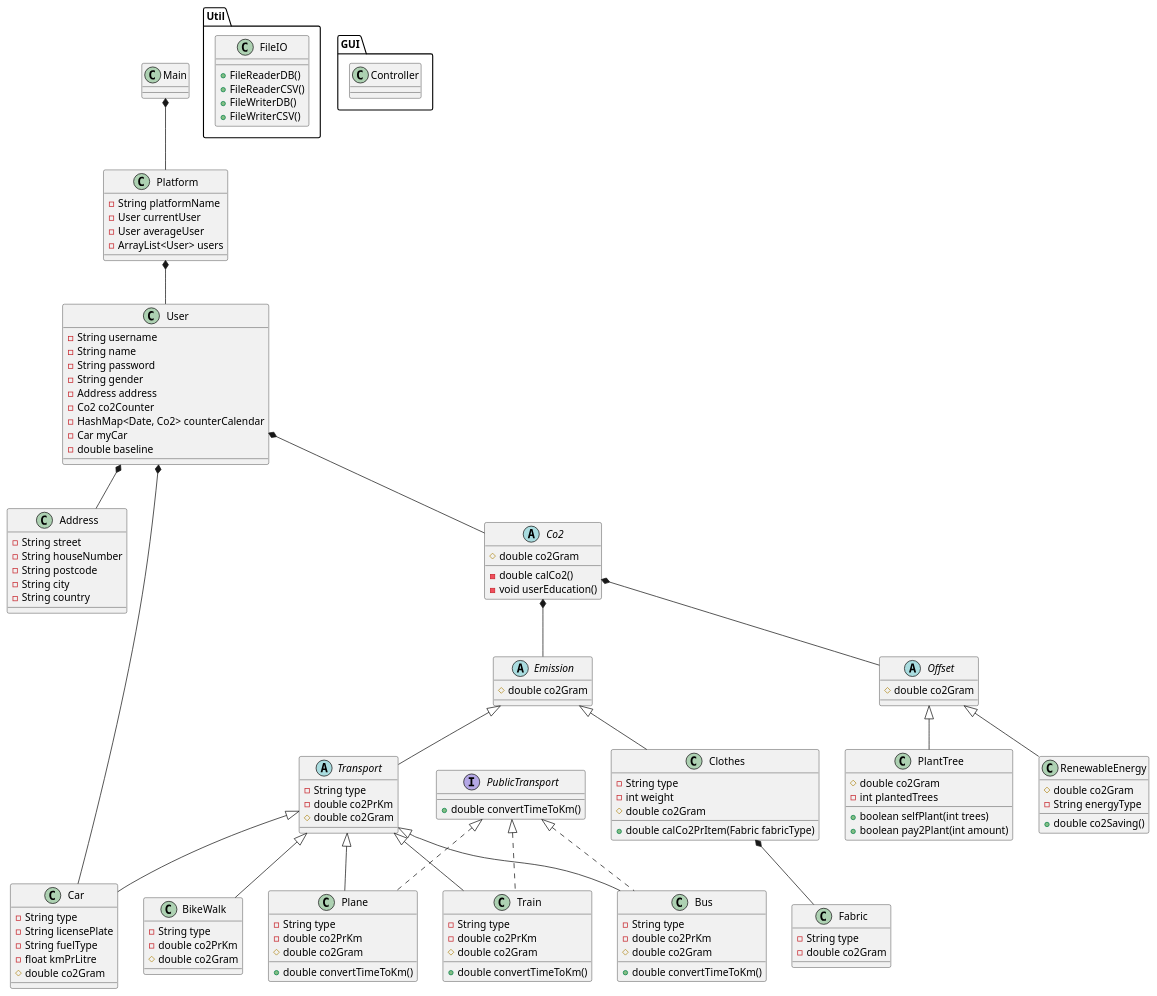
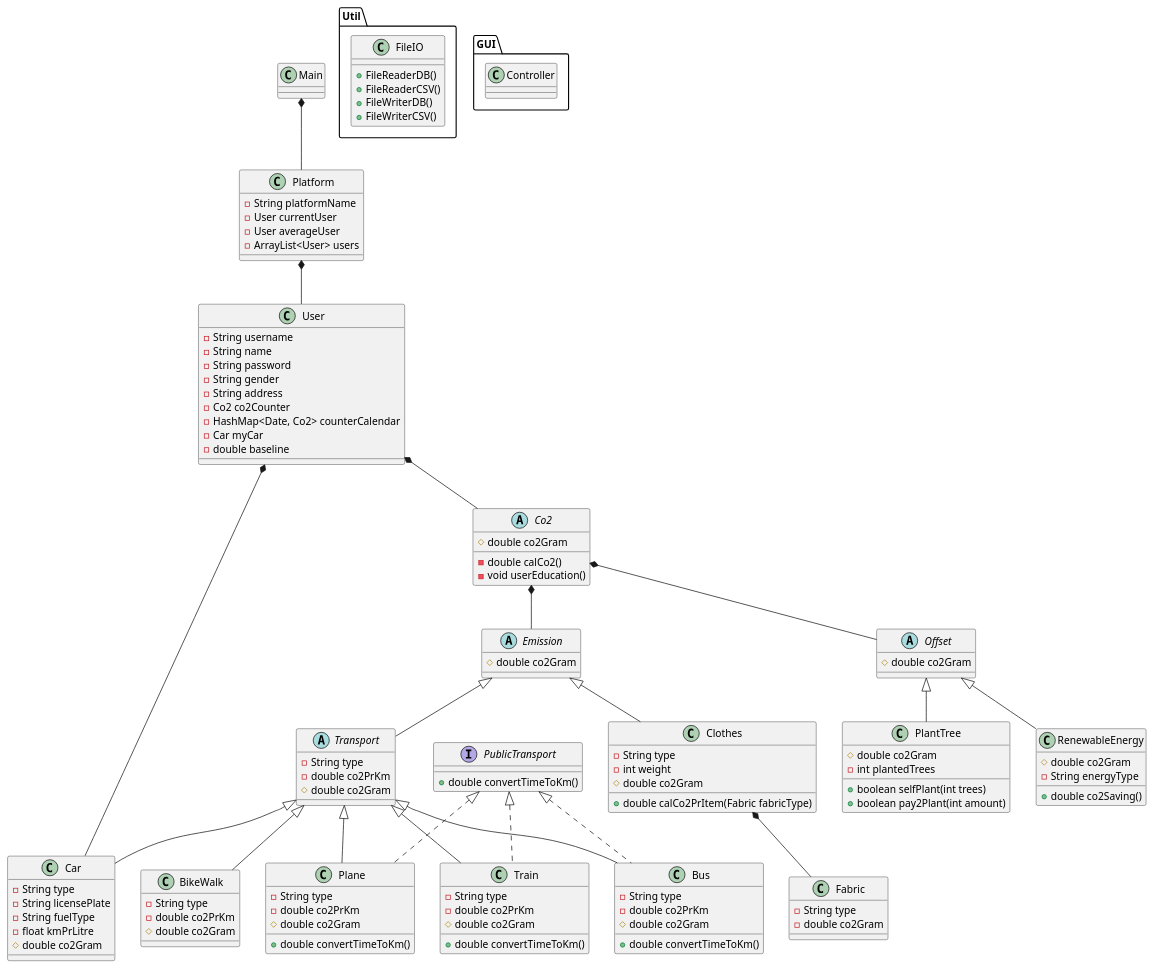
One commit to Styrse/ICE changed the diagram in src/main/java/doc/classdiagram1.1.puml. Above: the diagram before and after it, drawn with PlantUML.

Commit message:
Styr - Update

```diff
--- a/src/main/java/doc/classdiagram1.1.puml
+++ b/src/main/java/doc/classdiagram1.1.puml
@@ -1,159 +1,150 @@
 @startuml
 'https://plantuml.com/class-diagram
 
 class Platform{
 - String platformName
 - User currentUser
 - User averageUser
 -ArrayList<User> users
 }
 
 class Main
 class User{
 - String username
 - String name
 - String password
 - String gender
-- Address address
+- String address
 - Co2 co2Counter
 - HashMap<Date, Co2> counterCalendar
 - Car myCar
 - double baseline
-}
-
-class Address{
-- String street
-- String houseNumber
-- String postcode
-- String city
-- String country
 }
 
 abstract Co2{
 # double co2Gram
 - double calCo2()
 - void userEducation()
 }
 
 abstract Emission{
 # double co2Gram
 
 }
 
 abstract Offset{
 # double co2Gram
 }
 
 class PlantTree{
 # double co2Gram
 - int plantedTrees
 + boolean selfPlant(int trees)
 + boolean pay2Plant(int amount)
 }
 
 class RenewableEnergy{
 # double co2Gram
 - String energyType
 + double co2Saving()
 }
 
 interface PublicTransport{
 + double convertTimeToKm()
 }
 
 abstract class Transport{
 - String type
 - double co2PrKm
 # double co2Gram
 }
 
 class Car{
 - String type
 - String licensePlate
 - String fuelType
 - float kmPrLitre
 # double co2Gram
 }
 
 class Plane implements PublicTransport{
 - String type
 - double co2PrKm
 + double convertTimeToKm()
 # double co2Gram
 }
 
 class Train implements PublicTransport{
 - String type
 - double co2PrKm
 + double convertTimeToKm()
 # double co2Gram
 }
 
 class Bus implements PublicTransport{
 - String type
 - double co2PrKm
 + double convertTimeToKm()
 # double co2Gram
 }
 
 class BikeWalk{
 - String type
 - double co2PrKm
 # double co2Gram
 }
 
 class Fabric{
 - String type
 - double co2Gram
 }
 
 class Clothes{
 - String type
 - int weight
 + double calCo2PrItem(Fabric fabricType)
 # double co2Gram
 }
 
 package "Util"{
 class FileIO{
 +FileReaderDB()
 +FileReaderCSV()
 +FileWriterDB()
 +FileWriterCSV()
 }
 }
 
 package "GUI"{
 class Controller
 }
 
 Main*-- Platform
 
 Emission <|-- Transport
 
 Platform *-- User
 
 Emission <|-- Clothes
 
 Clothes *-- Fabric
 
 User *-- Car
 User *-- Co2
-User *-- Address
 
 Co2 *-- Emission
 Co2 *-- Offset
 
 Offset <|-- RenewableEnergy
 
 Offset <|-- PlantTree
 
 Transport <|-- Plane
 Transport <|-- BikeWalk
 Transport <|-- Bus
 Transport <|-- Car
 Transport <|-- Train
 
 
 
 @enduml
```
